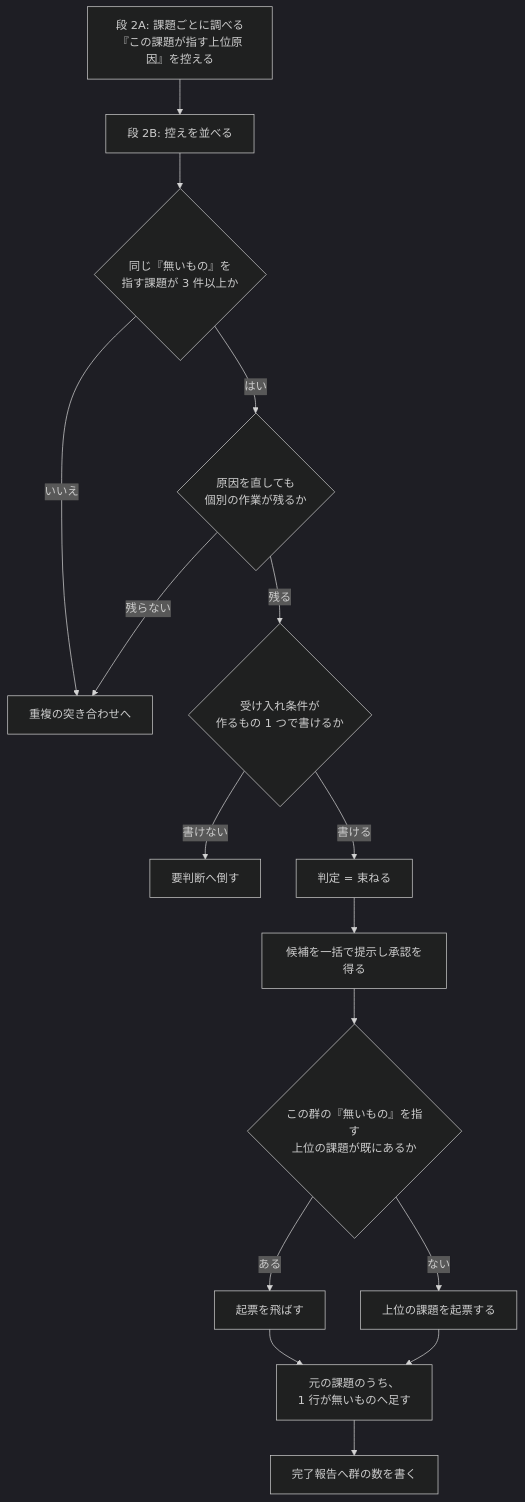
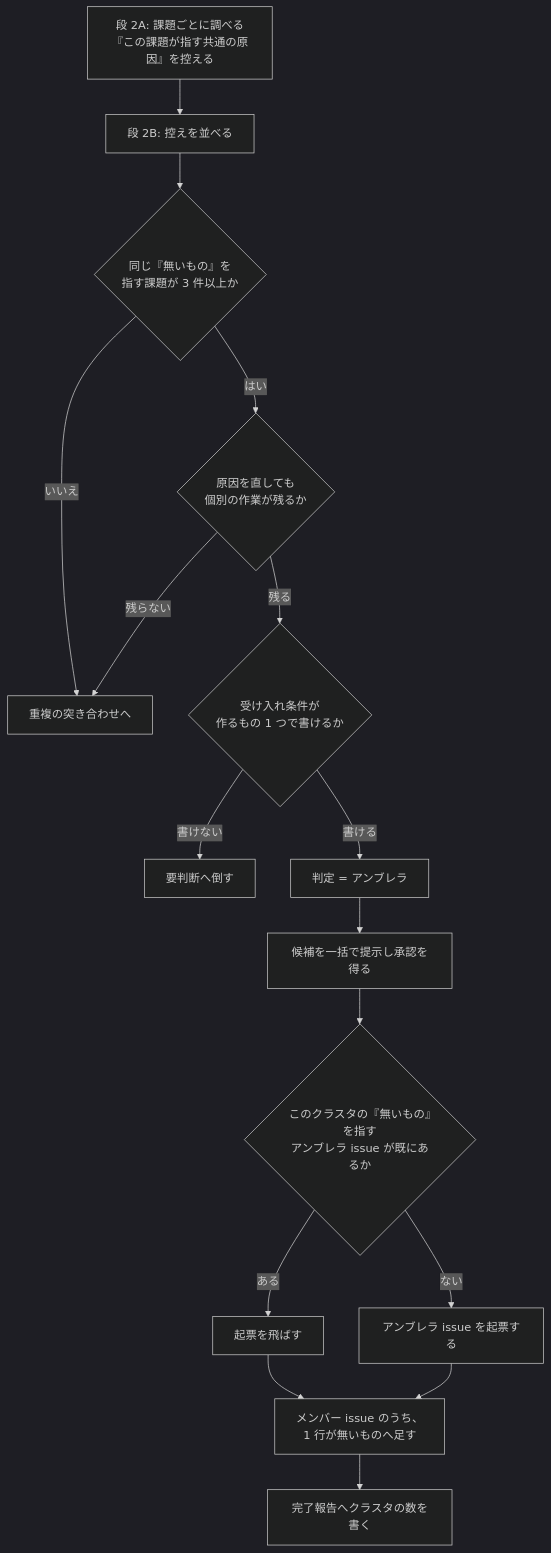
One commit to devbasex/ai-plugins changed the first of 3 diagrams in issues/issue-712-713-design.md. Above: the diagram before and after it, drawn with Mermaid (dark theme). The commit also changed other lines of this file and 1 other file, not shown here.

````diff
--- a/issues/issue-712-713-design.md
+++ b/issues/issue-712-713-design.md
@@ -143,18 +143,18 @@
 ```mermaid
 flowchart TD
-    A["段 2A: 課題ごとに調べる<br/>『この課題が指す上位原因』を控える"] --> B["段 2B: 控えを並べる"]
+    A["段 2A: 課題ごとに調べる<br/>『この課題が指す共通の原因』を控える"] --> B["段 2B: 控えを並べる"]
     B --> C{"同じ『無いもの』を<br/>指す課題が 3 件以上か"}
     C -->|いいえ| D["重複の突き合わせへ"]
     C -->|はい| E{"原因を直しても<br/>個別の作業が残るか"}
     E -->|残らない| D
     E -->|残る| F{"受け入れ条件が<br/>作るもの 1 つで書けるか"}
     F -->|書けない| G["要判断へ倒す"]
-    F -->|書ける| H["判定 = 束ねる"]
+    F -->|書ける| H["判定 = アンブレラ"]
     H --> I["候補を一括で提示し承認を得る"]
-    I --> J{"この群の『無いもの』を指す<br/>上位の課題が既にあるか"}
+    I --> J{"このクラスタの『無いもの』を指す<br/>アンブレラ issue が既にあるか"}
     J -->|ある| K["起票を飛ばす"]
-    J -->|ない| L["上位の課題を起票する"]
-    K --> M["元の課題のうち、<br/>1 行が無いものへ足す"]
+    J -->|ない| L["アンブレラ issue を起票する"]
+    K --> M["メンバー issue のうち、<br/>1 行が無いものへ足す"]
     L --> M
-    M --> N["完了報告へ群の数を書く"]
+    M --> N["完了報告へクラスタの数を書く"]
 ```
````
